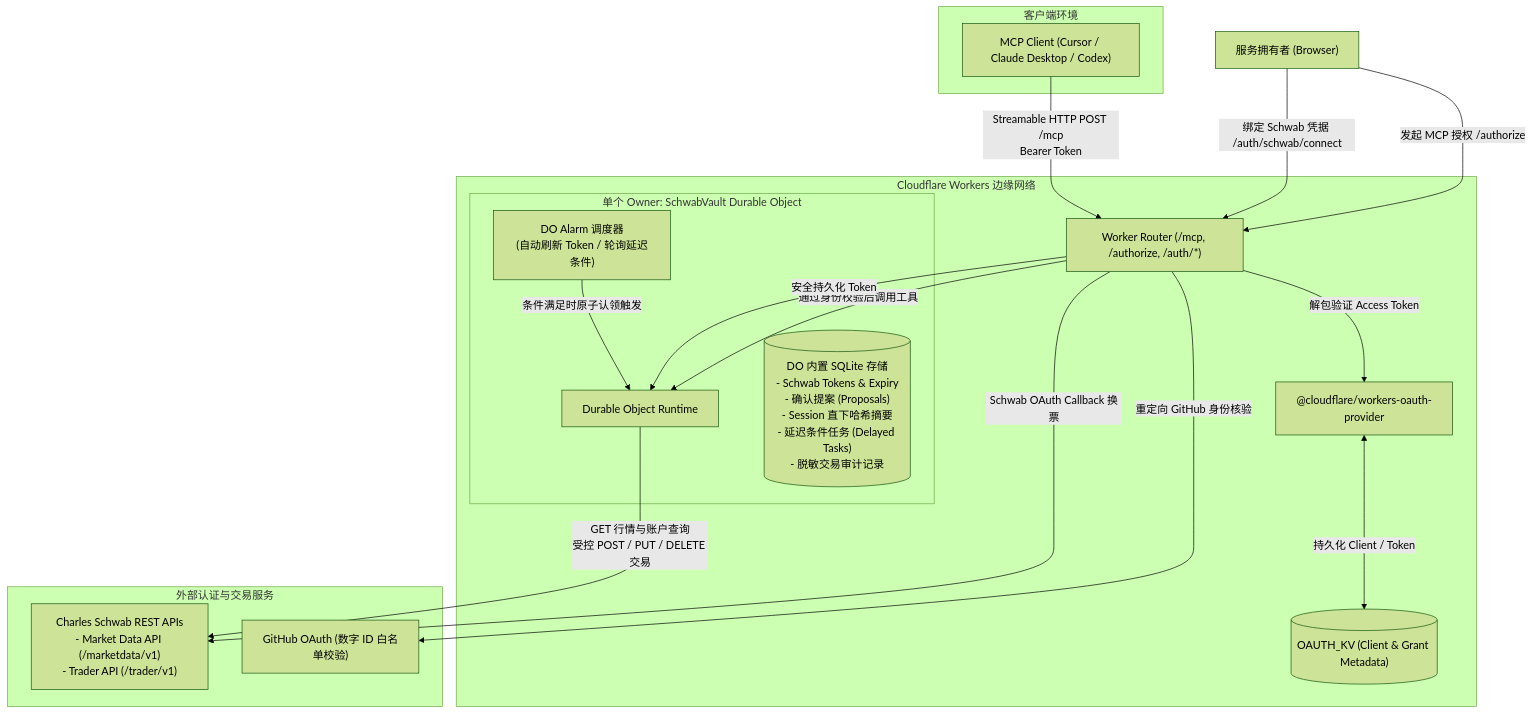
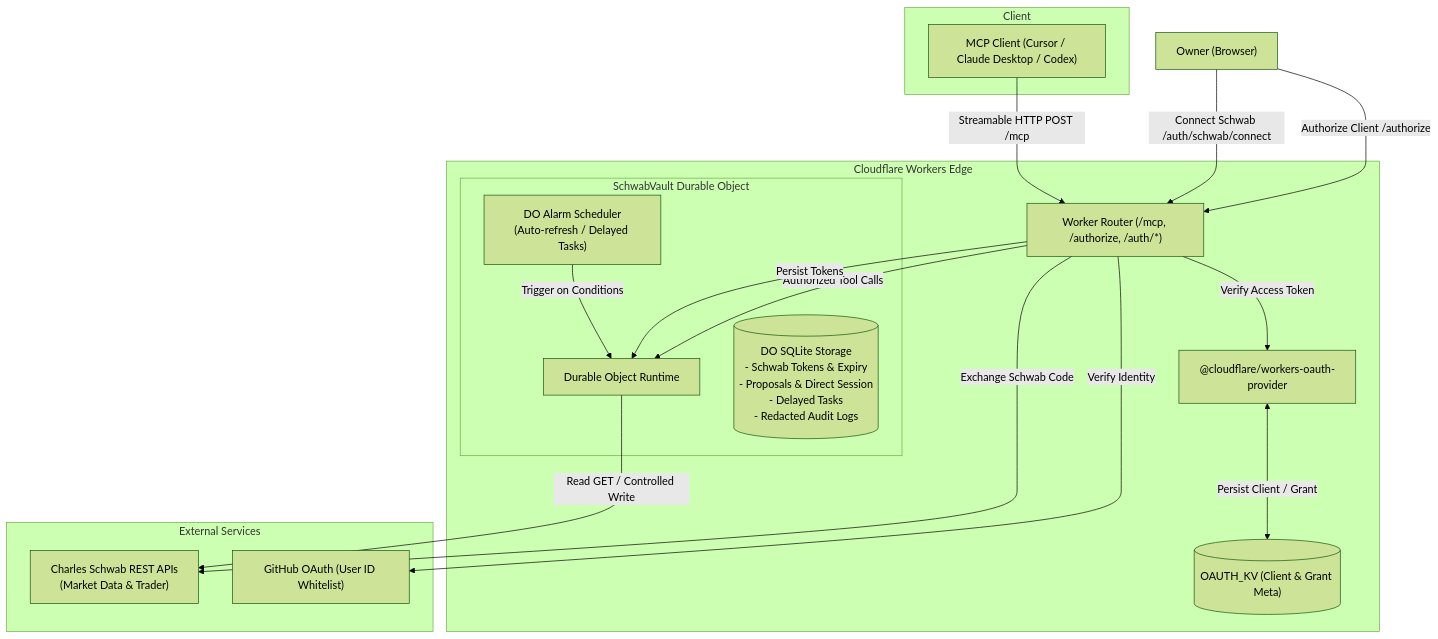
The diagram in README.md (chensirui2008/schwab-mcp), drawn with Mermaid (forest theme) before and after one commit. The commit also changed other lines of this file and 1 other file, not shown here.

````diff
--- a/README.md
+++ b/README.md
@@ -72,36 +35,36 @@
 ```mermaid
 flowchart TD
-  subgraph ClientSide ["客户端环境"]
+  subgraph ClientSide ["Client"]
     Client["MCP Client (Cursor / Claude Desktop / Codex)"]
   end
 
-  subgraph CloudflareEdge ["Cloudflare Workers 边缘网络"]
+  subgraph CloudflareEdge ["Cloudflare Workers Edge"]
     Router["Worker Router (/mcp, /authorize, /auth/*)"]
     OAuthProvider["@cloudflare/workers-oauth-provider"]
-    KV[("OAUTH_KV (Client & Grant Metadata)")]
+    KV[("OAUTH_KV (Client & Grant Meta)")]
     
-    subgraph StorageDO ["单个 Owner: SchwabVault Durable Object"]
+    subgraph StorageDO ["SchwabVault Durable Object"]
       DO["Durable Object Runtime"]
-      SQLite[("DO 内置 SQLite 存储\n- Schwab Tokens & Expiry\n- 确认提案 (Proposals)\n- Session 直下哈希摘要\n- 延迟条件任务 (Delayed Tasks)\n- 脱敏交易审计记录")]
-      Alarm["DO Alarm 调度器\n(自动刷新 Token / 轮询延迟条件)"]
+      SQLite[("DO SQLite Storage\n- Schwab Tokens & Expiry\n- Proposals & Direct Session\n- Delayed Tasks\n- Redacted Audit Logs")]
+      Alarm["DO Alarm Scheduler\n(Auto-refresh / Delayed Tasks)"]
     end
   end
 
-  subgraph Upstream ["外部认证与交易服务"]
-    GitHub["GitHub OAuth (数字 ID 白名单校验)"]
-    SchwabAPI["Charles Schwab REST APIs\n- Market Data API (/marketdata/v1)\n- Trader API (/trader/v1)"]
+  subgraph Upstream ["External Services"]
+    GitHub["GitHub OAuth (User ID Whitelist)"]
+    SchwabAPI["Charles Schwab REST APIs\n(Market Data & Trader)"]
   end
 
-  Client -->|Streamable HTTP POST /mcp\nBearer Token| Router
-  Router -->|解包验证 Access Token| OAuthProvider
-  OAuthProvider <-->|持久化 Client / Token| KV
-  Router -->|通过身份校验后调用工具| DO
-  DO -->|GET 行情与账户查询\n受控 POST / PUT / DELETE 交易| SchwabAPI
-  Alarm -->|条件满足时原子认领触发| DO
+  Client -->|Streamable HTTP POST /mcp| Router
+  Router -->|Verify Access Token| OAuthProvider
+  OAuthProvider <-->|Persist Client / Grant| KV
+  Router -->|Authorized Tool Calls| DO
+  DO -->|Read GET / Controlled Write| SchwabAPI
+  Alarm -->|Trigger on Conditions| DO
 
-  User["服务拥有者 (Browser)"] -->|发起 MCP 授权 /authorize| Router
-  Router -->|重定向 GitHub 身份核验| GitHub
-  User -->|绑定 Schwab 凭据 /auth/schwab/connect| Router
-  Router -->|Schwab OAuth Callback 换票| SchwabAPI
-  Router -->|安全持久化 Token| DO
+  User["Owner (Browser)"] -->|Authorize Client /authorize| Router
+  Router -->|Verify Identity| GitHub
+  User -->|Connect Schwab /auth/schwab/connect| Router
+  Router -->|Exchange Schwab Code| SchwabAPI
+  Router -->|Persist Tokens| DO
 ```
````
